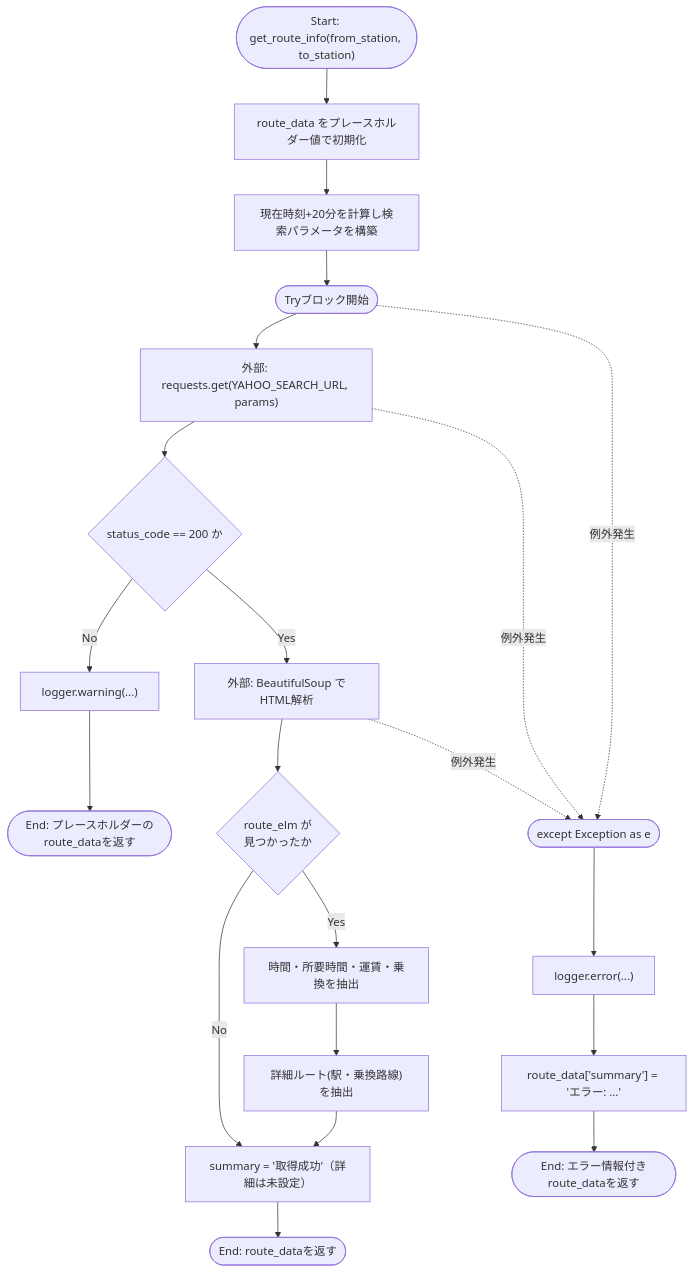
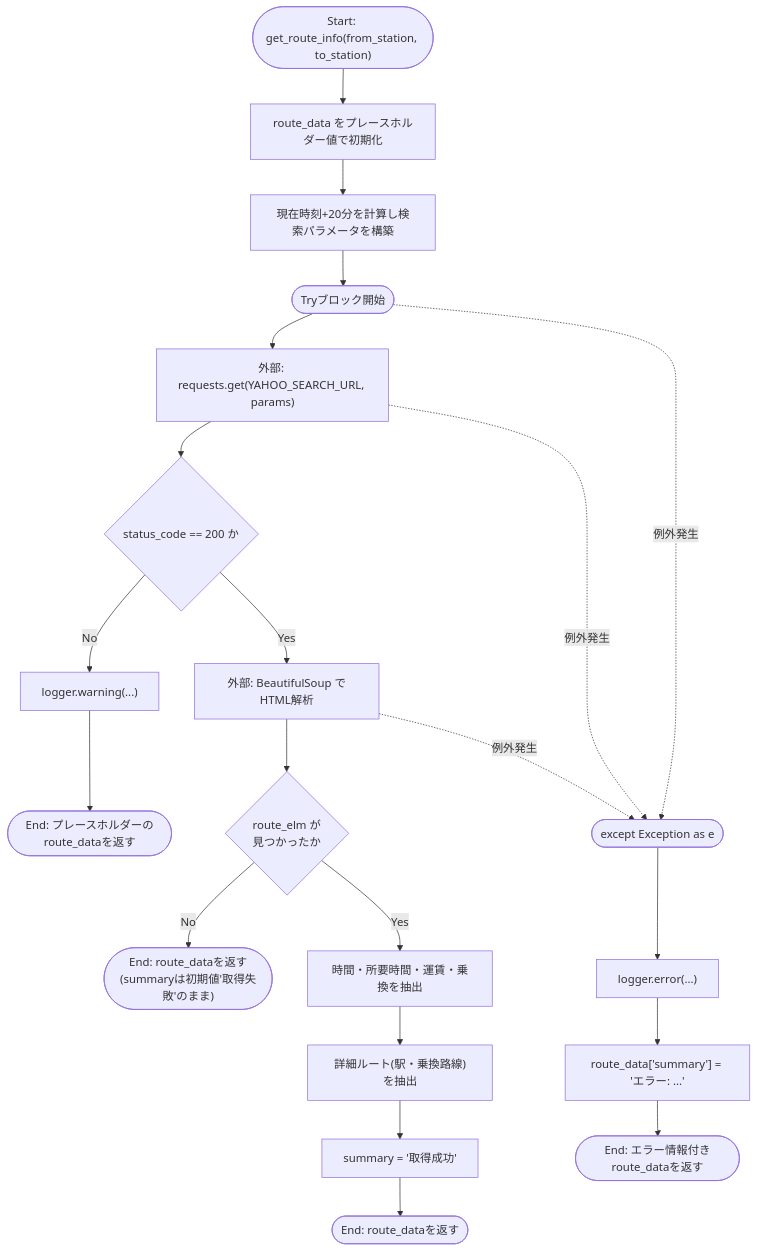
One commit to mmtigers/my_python_project changed the second of 3 diagrams in docs/specifications/MY_HOME_SYSTEM/train_service.md. Above: the diagram before and after it, drawn with Mermaid. The commit also changed other lines of this file and 6 other files, not shown here.

````diff
--- a/docs/specifications/MY_HOME_SYSTEM/train_service.md
+++ b/docs/specifications/MY_HOME_SYSTEM/train_service.md
@@ -166,26 +189,26 @@
 ```mermaid
 flowchart TD
     Start(["Start: get_route_info(from_station, to_station)"]) --> InitData["route_data をプレースホルダー値で初期化"]
     InitData --> CalcTime["現在時刻+20分を計算し検索パラメータを構築"]
     CalcTime --> TryStart(["Tryブロック開始"])
 
     TryStart --> HttpGet["外部: requests.get(YAHOO_SEARCH_URL, params)"]
     HttpGet --> CheckStatus{"status_code == 200 か"}
     CheckStatus -- No --> WarnLog["logger.warning(...)"] --> ReturnPlaceholder(["End: プレースホルダーのroute_dataを返す"])
 
     CheckStatus -- Yes --> ParseHtml["外部: BeautifulSoup でHTML解析"]
     ParseHtml --> FindRoute{"route_elm が\n見つかったか"}
-    FindRoute -- No --> SetSuccess["summary = '取得成功'（詳細は未設定）"] --> ReturnSuccess(["End: route_dataを返す"])
+    FindRoute -- No --> ReturnNoRoute(["End: route_dataを返す<br>(summaryは初期値'取得失敗'のまま)"])
 
     FindRoute -- Yes --> ExtractTime["時間・所要時間・運賃・乗換を抽出"]
     ExtractTime --> ExtractDetail["詳細ルート(駅・乗換路線)を抽出"]
-    ExtractDetail --> SetSuccess
+    ExtractDetail --> SetSuccess["summary = '取得成功'"] --> ReturnSuccess(["End: route_dataを返す"])
 
     TryStart -. 例外発生 .-> Catch(["except Exception as e"])
     HttpGet -. 例外発生 .-> Catch
     ParseHtml -. 例外発生 .-> Catch
 
     Catch --> ErrLog["logger.error(...)"]
     ErrLog --> SetErrSummary["route_data['summary'] = 'エラー: ...'"]
     SetErrSummary --> ReturnErr(["End: エラー情報付きroute_dataを返す"])
 ```
````
